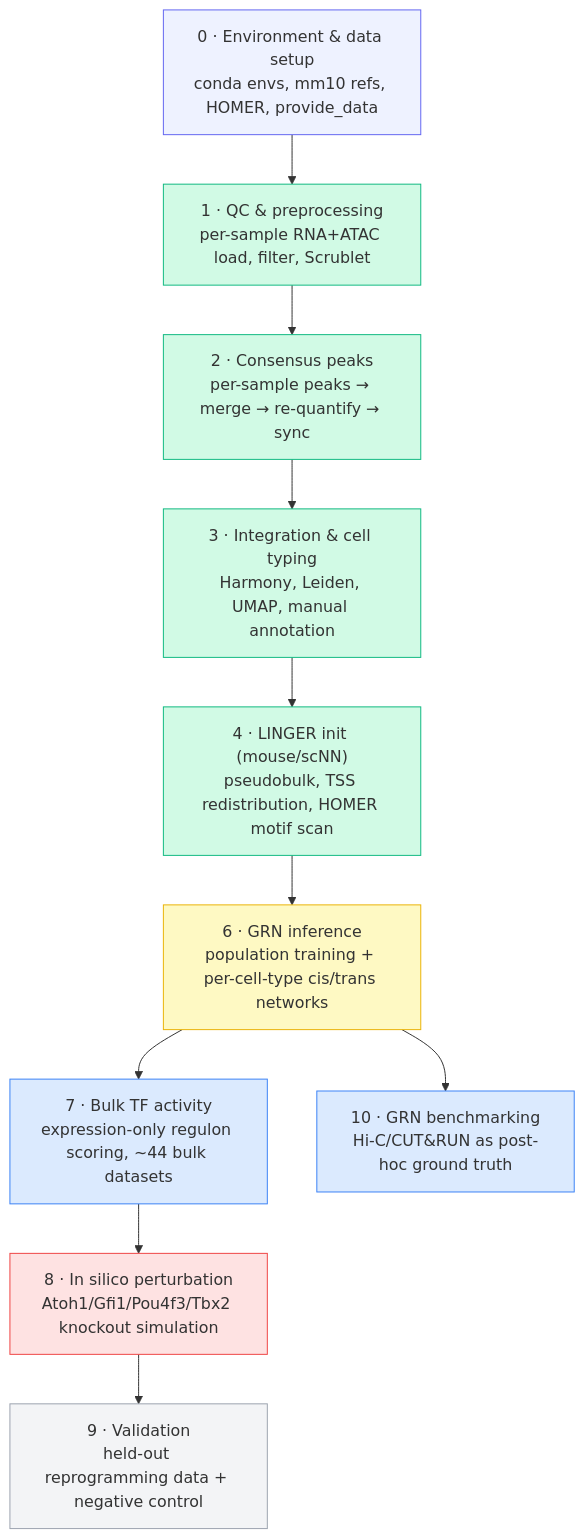
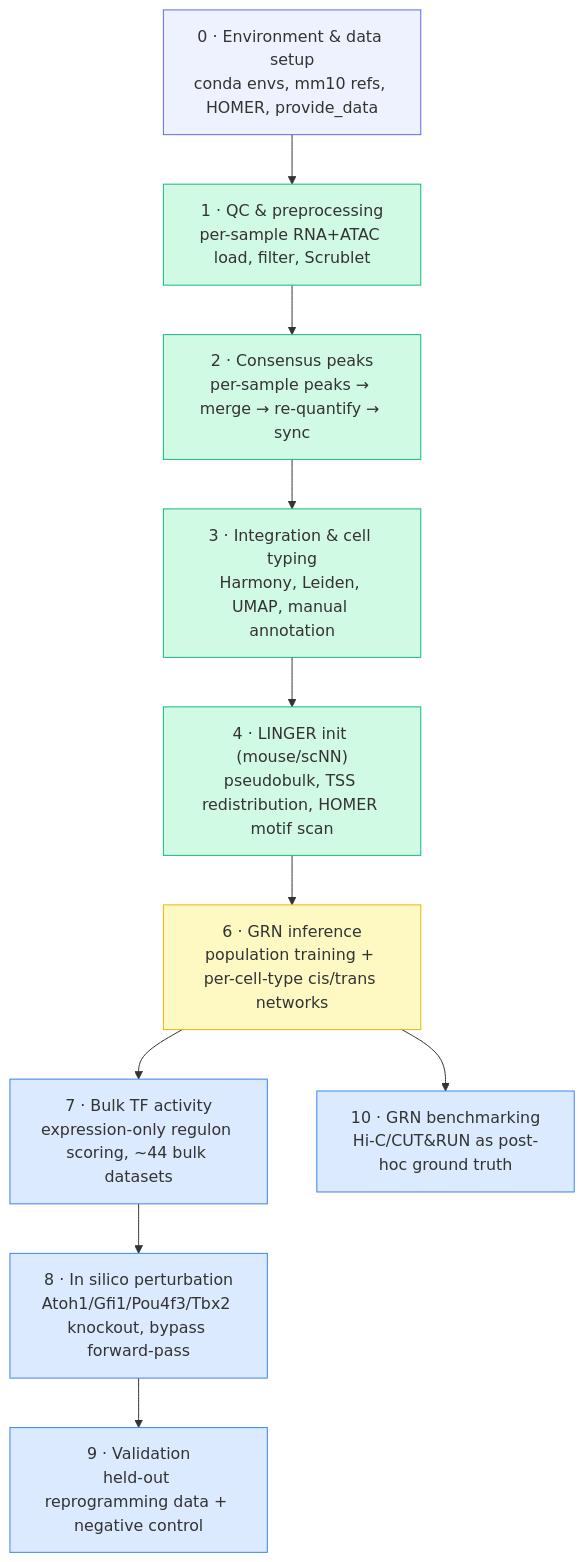
One commit to DarrenLJS/LINGER-Cochlear-TF-Knockout-Pipeline changed the diagram in README.md. Above: the diagram before and after it, drawn with Mermaid. The commit also changed other lines of this file and 17 other files, not shown here.

````diff
--- a/README.md
+++ b/README.md
@@ -21,23 +21,23 @@
 ```mermaid
 flowchart TD
     A["0 · Environment & data setup<br/>conda envs, mm10 refs, HOMER, provide_data"] --> B["1 · QC & preprocessing<br/>per-sample RNA+ATAC load, filter, Scrublet"]
     B --> C["2 · Consensus peaks<br/>per-sample peaks → merge → re-quantify → sync"]
     C --> D["3 · Integration & cell typing<br/>Harmony, Leiden, UMAP, manual annotation"]
     D --> E["4 · LINGER init (mouse/scNN)<br/>pseudobulk, TSS redistribution, HOMER motif scan"]
     E --> F["6 · GRN inference<br/>population training + per-cell-type cis/trans networks"]
     F --> G["7 · Bulk TF activity<br/>expression-only regulon scoring, ~44 bulk datasets"]
     F --> J["10 · GRN benchmarking<br/>Hi-C/CUT&RUN as post-hoc ground truth"]
-    G --> H["8 · In silico perturbation<br/>Atoh1/Gfi1/Pou4f3/Tbx2 knockout simulation"]
+    G --> H["8 · In silico perturbation<br/>Atoh1/Gfi1/Pou4f3/Tbx2 knockout, bypass forward-pass"]
     H --> I["9 · Validation<br/>held-out reprogramming data + negative control"]
 
     style A fill:#eef2ff,stroke:#6366f1
     style B fill:#d1fae5,stroke:#10b981
     style C fill:#d1fae5,stroke:#10b981
     style D fill:#d1fae5,stroke:#10b981
     style E fill:#d1fae5,stroke:#10b981
     style F fill:#fef9c3,stroke:#eab308
     style G fill:#dbeafe,stroke:#3b82f6
-    style H fill:#fee2e2,stroke:#ef4444
-    style I fill:#f3f4f6,stroke:#9ca3af
+    style H fill:#dbeafe,stroke:#3b82f6
+    style I fill:#dbeafe,stroke:#3b82f6
     style J fill:#dbeafe,stroke:#3b82f6
 ```
````
